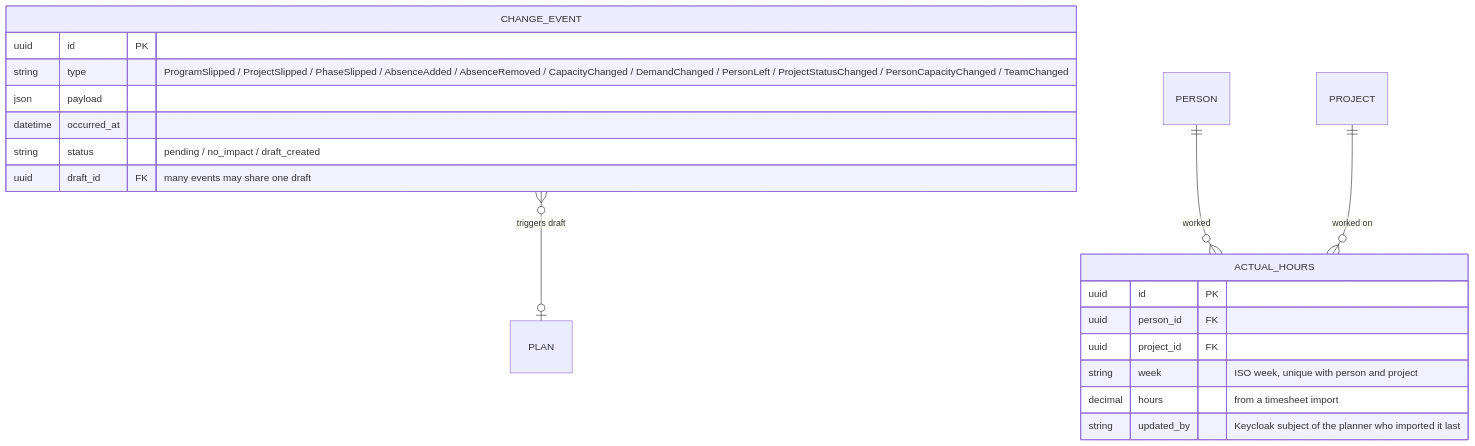
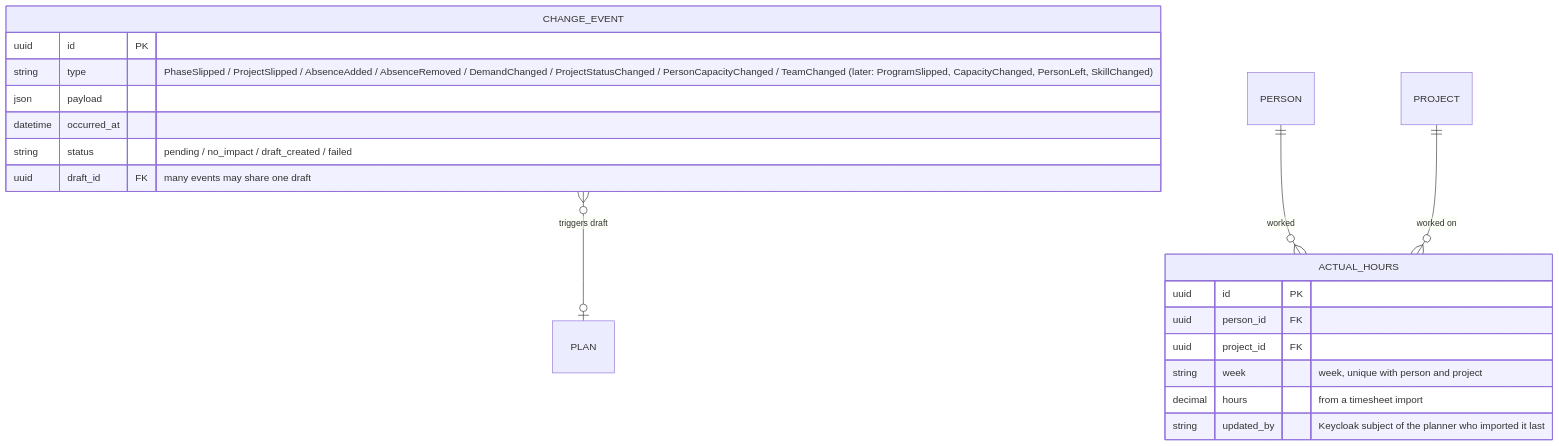
One commit to dophnamm/the-slot-finder changed the eighth of 14 diagrams in README.md. Above: the diagram before and after it, drawn with Mermaid. The commit also changed other lines of this file and 21 other files, not shown here.

First line of the commit message:
docs: match the READMEs, specs and diagrams to the code

````diff
--- a/README.md
+++ b/README.md
@@ -464,23 +470,23 @@
 ```mermaid
 erDiagram
   CHANGE_EVENT }o--o| PLAN : "triggers draft"
   PERSON ||--o{ ACTUAL_HOURS : worked
   PROJECT ||--o{ ACTUAL_HOURS : "worked on"
 
   CHANGE_EVENT {
     uuid id PK
-    string type "ProgramSlipped / ProjectSlipped / PhaseSlipped / AbsenceAdded / AbsenceRemoved / CapacityChanged / DemandChanged / PersonLeft / ProjectStatusChanged / PersonCapacityChanged / TeamChanged"
+    string type "PhaseSlipped / ProjectSlipped / AbsenceAdded / AbsenceRemoved / DemandChanged / ProjectStatusChanged / PersonCapacityChanged / TeamChanged (later: ProgramSlipped, CapacityChanged, PersonLeft, SkillChanged)"
     json payload
     datetime occurred_at
-    string status "pending / no_impact / draft_created"
+    string status "pending / no_impact / draft_created / failed"
     uuid draft_id FK "many events may share one draft"
   }
   ACTUAL_HOURS {
     uuid id PK
     uuid person_id FK
     uuid project_id FK
-    string week "ISO week, unique with person and project"
+    string week "week, unique with person and project"
     decimal hours "from a timesheet import"
     string updated_by "Keycloak subject of the planner who imported it last"
   }
 ```
````
